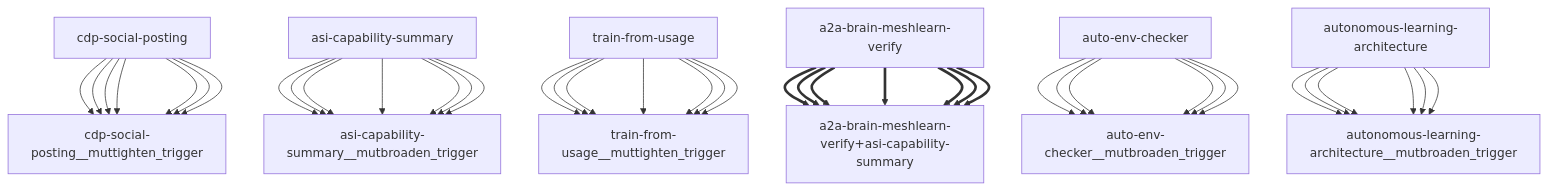
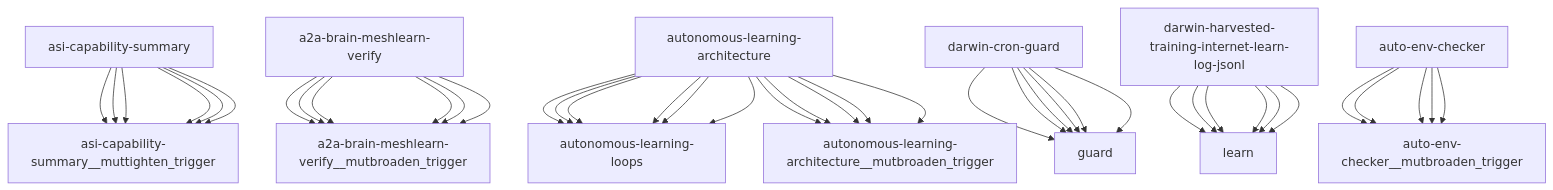
Before and after one commit to openamer/openamer: the diagram in reports/darwin-report.md, drawn with Mermaid. The commit also changed other lines of this file and 17 other files, not shown here.

First line of the commit message:
chore(reports): cron auto-commit 2026-10-10

````diff
--- a/reports/darwin-report.md
+++ b/reports/darwin-report.md
@@ -67,43 +69,43 @@
 ```mermaid
 graph TD
-    cdp-social-posting["cdp-social-posting"] --> cdp-social-posting__muttighten_trigger["cdp-social-posting__muttighten_trigger"]
-    asi-capability-summary["asi-capability-summary"] --> asi-capability-summary__mutbroaden_trigger["asi-capability-summary__mutbroaden_trigger"]
-    train-from-usage["train-from-usage"] --> train-from-usage__muttighten_trigger["train-from-usage__muttighten_trigger"]
-    a2a-brain-meshlearn-verify["a2a-brain-meshlearn-verify"] ==> a2a-brain-meshlearn-verify+asi-capability-summary["a2a-brain-meshlearn-verify+asi-capability-summary"]
+    asi-capability-summary["asi-capability-summary"] --> asi-capability-summary__muttighten_trigger["asi-capability-summary__muttighten_trigger"]
+    a2a-brain-meshlearn-verify["a2a-brain-meshlearn-verify"] --> a2a-brain-meshlearn-verify__mutbroaden_trigger["a2a-brain-meshlearn-verify__mutbroaden_trigger"]
+    autonomous-learning-architecture["autonomous-learning-architecture"] --> autonomous-learning-loops["autonomous-learning-loops"]
+    darwin-cron-guard["darwin-cron-guard"] --> guard["guard"]
+    darwin-harvested-training-internet-learn-log-jsonl["darwin-harvested-training-internet-learn-log-jsonl"] --> learn["learn"]
+    autonomous-learning-architecture["autonomous-learning-architecture"] --> autonomous-learning-architecture__mutbroaden_trigger["autonomous-learning-architecture__mutbroaden_trigger"]
     auto-env-checker["auto-env-checker"] --> auto-env-checker__mutbroaden_trigger["auto-env-checker__mutbroaden_trigger"]
+    asi-capability-summary["asi-capability-summary"] --> asi-capability-summary__muttighten_trigger["asi-capability-summary__muttighten_trigger"]
+    a2a-brain-meshlearn-verify["a2a-brain-meshlearn-verify"] --> a2a-brain-meshlearn-verify__mutbroaden_trigger["a2a-brain-meshlearn-verify__mutbroaden_trigger"]
+    autonomous-learning-architecture["autonomous-learning-architecture"] --> autonomous-learning-loops["autonomous-learning-loops"]
+    darwin-cron-guard["darwin-cron-guard"] --> guard["guard"]
+    darwin-harvested-training-internet-learn-log-jsonl["darwin-harvested-training-internet-learn-log-jsonl"] --> learn["learn"]
     autonomous-learning-architecture["autonomous-learning-architecture"] --> autonomous-learning-architecture__mutbroaden_trigger["autonomous-learning-architecture__mutbroaden_trigger"]
-    cdp-social-posting["cdp-social-posting"] --> cdp-social-posting__muttighten_trigger["cdp-social-posting__muttighten_trigger"]
-    asi-capability-summary["asi-capability-summary"] --> asi-capability-summary__mutbroaden_trigger["asi-capability-summary__mutbroaden_trigger"]
-    train-from-usage["train-from-usage"] --> train-from-usage__muttighten_trigger["train-from-usage__muttighten_trigger"]
-    a2a-brain-meshlearn-verify["a2a-brain-meshlearn-verify"] ==> a2a-brain-meshlearn-verify+asi-capability-summary["a2a-brain-meshlearn-verify+asi-capability-summary"]
     auto-env-checker["auto-env-checker"] --> auto-env-checker__mutbroaden_trigger["auto-env-checker__mutbroaden_trigger"]
+    asi-capability-summary["asi-capability-summary"] --> asi-capability-summary__muttighten_trigger["asi-capability-summary__muttighten_trigger"]
+    a2a-brain-meshlearn-verify["a2a-brain-meshlearn-verify"] --> a2a-brain-meshlearn-verify__mutbroaden_trigger["a2a-brain-meshlearn-verify__mutbroaden_trigger"]
+    autonomous-learning-architecture["autonomous-learning-architecture"] --> autonomous-learning-loops["autonomous-learning-loops"]
+    darwin-cron-guard["darwin-cron-guard"] --> guard["guard"]
+    darwin-harvested-training-internet-learn-log-jsonl["darwin-harvested-training-internet-learn-log-jsonl"] --> learn["learn"]
     autonomous-learning-architecture["autonomous-learning-architecture"] --> autonomous-learning-architecture__mutbroaden_trigger["autonomous-learning-architecture__mutbroaden_trigger"]
-    cdp-social-posting["cdp-social-posting"] --> cdp-social-posting__muttighten_trigger["cdp-social-posting__muttighten_trigger"]
-    asi-capability-summary["asi-capability-summary"] --> asi-capability-summary__mutbroaden_trigger["asi-capability-summary__mutbroaden_trigger"]
-    train-from-usage["train-from-usage"] --> train-from-usage__muttighten_trigger["train-from-usage__muttighten_trigger"]
-    a2a-brain-meshlearn-verify["a2a-brain-meshlearn-verify"] ==> a2a-brain-meshlearn-verify+asi-capability-summary["a2a-brain-meshlearn-verify+asi-capability-summary"]
     auto-env-checker["auto-env-checker"] --> auto-env-checker__mutbroaden_trigger["auto-env-checker__mutbroaden_trigger"]
+    asi-capability-summary["asi-capability-summary"] --> asi-capability-summary__muttighten_trigger["asi-capability-summary__muttighten_trigger"]
+    a2a-brain-meshlearn-verify["a2a-brain-meshlearn-verify"] --> a2a-brain-meshlearn-verify__mutbroaden_trigger["a2a-brain-meshlearn-verify__mutbroaden_trigger"]
+    autonomous-learning-architecture["autonomous-learning-architecture"] --> autonomous-learning-loops["autonomous-learning-loops"]
+    darwin-cron-guard["darwin-cron-guard"] --> guard["guard"]
+    darwin-harvested-training-internet-learn-log-jsonl["darwin-harvested-training-internet-learn-log-jsonl"] --> learn["learn"]
     autonomous-learning-architecture["autonomous-learning-architecture"] --> autonomous-learning-architecture__mutbroaden_trigger["autonomous-learning-architecture__mutbroaden_trigger"]
-    cdp-social-posting["cdp-social-posting"] --> cdp-social-posting__muttighten_trigger["cdp-social-posting__muttighten_trigger"]
-    asi-capability-summary["asi-capability-summary"] --> asi-capability-summary__mutbroaden_trigger["asi-capability-summary__mutbroaden_trigger"]
-    train-from-usage["train-from-usage"] --> train-from-usage__muttighten_trigger["train-from-usage__muttighten_trigger"]
-    a2a-brain-meshlearn-verify["a2a-brain-meshlearn-verify"] ==> a2a-brain-meshlearn-verify+asi-capability-summary["a2a-brain-meshlearn-verify+asi-capability-summary"]
     auto-env-checker["auto-env-checker"] --> auto-env-checker__mutbroaden_trigger["auto-env-checker__mutbroaden_trigger"]
+    asi-capability-summary["asi-capability-summary"] --> asi-capability-summary__muttighten_trigger["asi-capability-summary__muttighten_trigger"]
+    a2a-brain-meshlearn-verify["a2a-brain-meshlearn-verify"] --> a2a-brain-meshlearn-verify__mutbroaden_trigger["a2a-brain-meshlearn-verify__mutbroaden_trigger"]
+    autonomous-learning-architecture["autonomous-learning-architecture"] --> autonomous-learning-loops["autonomous-learning-loops"]
+    darwin-cron-guard["darwin-cron-guard"] --> guard["guard"]
+    darwin-harvested-training-internet-learn-log-jsonl["darwin-harvested-training-internet-learn-log-jsonl"] --> learn["learn"]
     autonomous-learning-architecture["autonomous-learning-architecture"] --> autonomous-learning-architecture__mutbroaden_trigger["autonomous-learning-architecture__mutbroaden_trigger"]
-    cdp-social-posting["cdp-social-posting"] --> cdp-social-posting__muttighten_trigger["cdp-social-posting__muttighten_trigger"]
-    asi-capability-summary["asi-capability-summary"] --> asi-capability-summary__mutbroaden_trigger["asi-capability-summary__mutbroaden_trigger"]
-    train-from-usage["train-from-usage"] --> train-from-usage__muttighten_trigger["train-from-usage__muttighten_trigger"]
-    a2a-brain-meshlearn-verify["a2a-brain-meshlearn-verify"] ==> a2a-brain-meshlearn-verify+asi-capability-summary["a2a-brain-meshlearn-verify+asi-capability-summary"]
     auto-env-checker["auto-env-checker"] --> auto-env-checker__mutbroaden_trigger["auto-env-checker__mutbroaden_trigger"]
-    autonomous-learning-architecture["autonomous-learning-architecture"] --> autonomous-learning-architecture__mutbroaden_trigger["autonomous-learning-architecture__mutbroaden_trigger"]
-    cdp-social-posting["cdp-social-posting"] --> cdp-social-posting__muttighten_trigger["cdp-social-posting__muttighten_trigger"]
-    asi-capability-summary["asi-capability-summary"] --> asi-capability-summary__mutbroaden_trigger["asi-capability-summary__mutbroaden_trigger"]
-    train-from-usage["train-from-usage"] --> train-from-usage__muttighten_trigger["train-from-usage__muttighten_trigger"]
-    a2a-brain-meshlearn-verify["a2a-brain-meshlearn-verify"] ==> a2a-brain-meshlearn-verify+asi-capability-summary["a2a-brain-meshlearn-verify+asi-capability-summary"]
-    auto-env-checker["auto-env-checker"] --> auto-env-checker__mutbroaden_trigger["auto-env-checker__mutbroaden_trigger"]
-    autonomous-learning-architecture["autonomous-learning-architecture"] --> autonomous-learning-architecture__mutbroaden_trigger["autonomous-learning-architecture__mutbroaden_trigger"]
-    cdp-social-posting["cdp-social-posting"] --> cdp-social-posting__muttighten_trigger["cdp-social-posting__muttighten_trigger"]
-    asi-capability-summary["asi-capability-summary"] --> asi-capability-summary__mutbroaden_trigger["asi-capability-summary__mutbroaden_trigger"]
-    train-from-usage["train-from-usage"] --> train-from-usage__muttighten_trigger["train-from-usage__muttighten_trigger"]
-    a2a-brain-meshlearn-verify["a2a-brain-meshlearn-verify"] ==> a2a-brain-meshlearn-verify+asi-capability-summary["a2a-brain-meshlearn-verify+asi-capability-summary"]
+    asi-capability-summary["asi-capability-summary"] --> asi-capability-summary__muttighten_trigger["asi-capability-summary__muttighten_trigger"]
+    a2a-brain-meshlearn-verify["a2a-brain-meshlearn-verify"] --> a2a-brain-meshlearn-verify__mutbroaden_trigger["a2a-brain-meshlearn-verify__mutbroaden_trigger"]
+    autonomous-learning-architecture["autonomous-learning-architecture"] --> autonomous-learning-loops["autonomous-learning-loops"]
+    darwin-cron-guard["darwin-cron-guard"] --> guard["guard"]
+    darwin-harvested-training-internet-learn-log-jsonl["darwin-harvested-training-internet-learn-log-jsonl"] --> learn["learn"]
 ```
````
